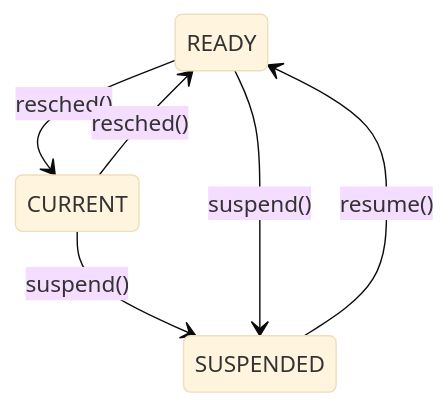
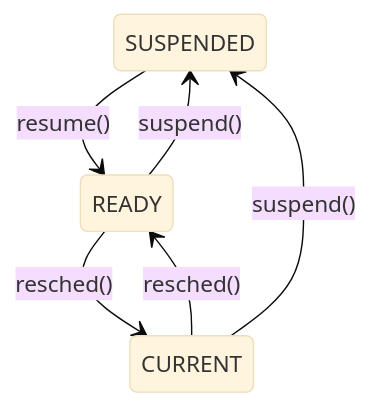
One commit to radioxeth/cis-657-principles-of-operating-systems changed the second of 4 diagrams in week4/README.md. Above: the diagram before and after it, drawn with Mermaid (base theme). The commit also changed other lines of this file, not shown here.

````diff
--- a/week4/README.md
+++ b/week4/README.md
@@ -94,8 +95,8 @@
 ```mermaid
 stateDiagram-v2
+	SUSPENDED --> READY: resume()
     READY --> CURRENT:resched()
     CURRENT --> READY:resched()
+	READY --> SUSPENDED: suspend()
     CURRENT --> SUSPENDED:suspend()
-    SUSPENDED --> READY: resume()
-    READY --> SUSPENDED: suspend()
 ```
````
